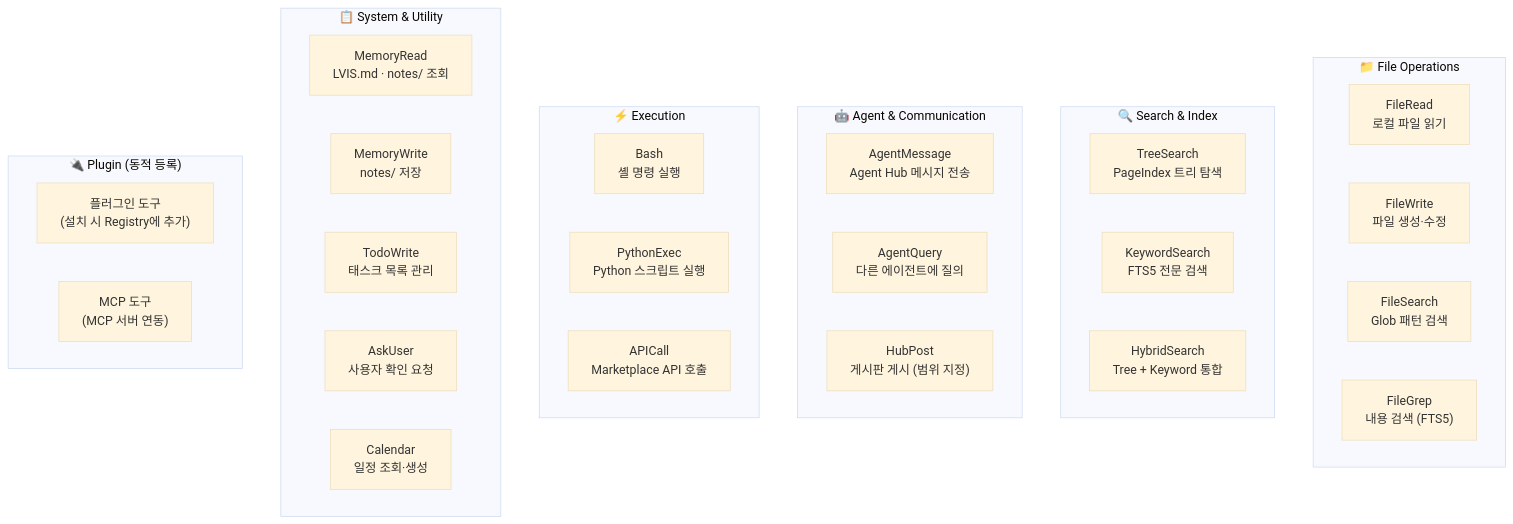
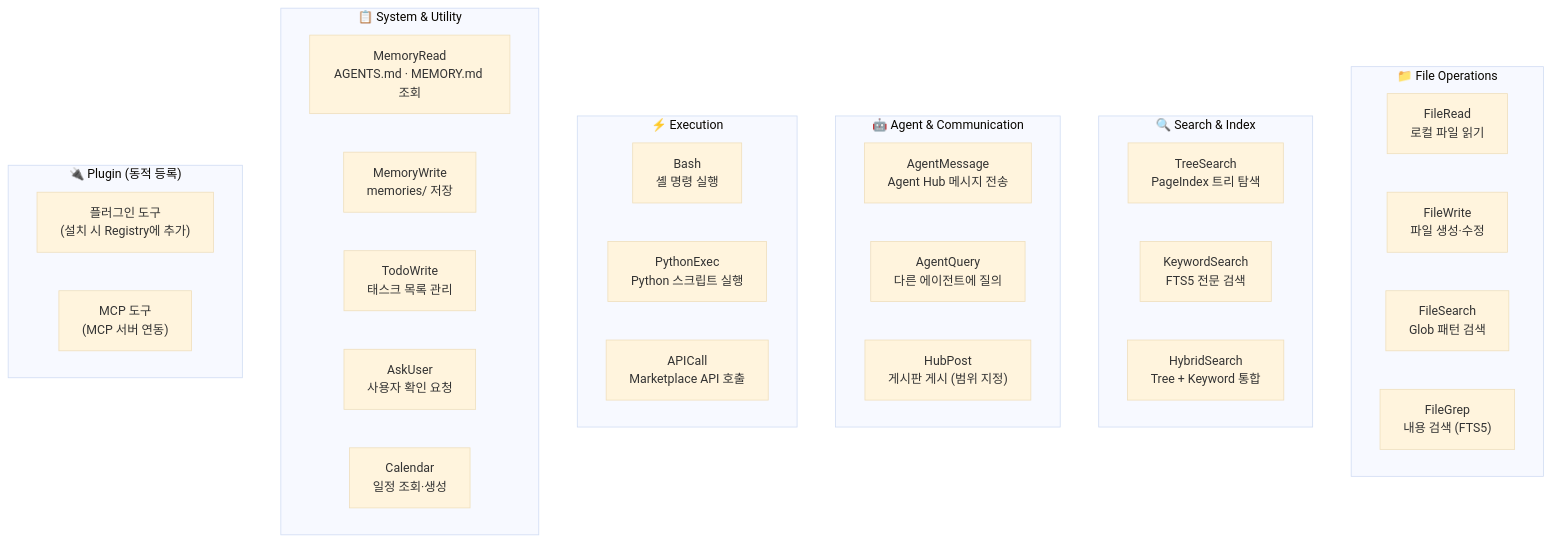
One commit to lvis-project/lvis-app changed diagram 20 of 44 in docs/architecture/architecture.md. Above: the diagram before and after it, drawn with Mermaid (base theme). The commit also changed other lines of this file and 26 other files, not shown here.

````diff
--- a/docs/architecture/architecture.md
+++ b/docs/architecture/architecture.md
@@ -1668,40 +1681,40 @@
 ```mermaid
 graph TB
     subgraph "📁 File Operations"
         FILE_READ["FileRead<br/>로컬 파일 읽기"]
         FILE_WRITE["FileWrite<br/>파일 생성·수정"]
         FILE_SEARCH["FileSearch<br/>Glob 패턴 검색"]
         FILE_GREP["FileGrep<br/>내용 검색 (FTS5)"]
     end
 
     subgraph "🔍 Search & Index"
         TREE_SEARCH["TreeSearch<br/>PageIndex 트리 탐색"]
         KEYWORD_SEARCH["KeywordSearch<br/>FTS5 전문 검색"]
         HYBRID_SEARCH["HybridSearch<br/>Tree + Keyword 통합"]
     end
 
     subgraph "🤖 Agent & Communication"
         AGENT_MSG["AgentMessage<br/>Agent Hub 메시지 전송"]
         AGENT_QUERY["AgentQuery<br/>다른 에이전트에 질의"]
         HUB_POST["HubPost<br/>게시판 게시 (범위 지정)"]
     end
 
     subgraph "⚡ Execution"
         BASH["Bash<br/>셸 명령 실행"]
         PYTHON["PythonExec<br/>Python 스크립트 실행"]
         API_CALL["APICall<br/>Marketplace API 호출"]
     end
 
     subgraph "📋 System & Utility"
-        MEMORY_READ["MemoryRead<br/>LVIS.md · notes/ 조회"]
-        MEMORY_WRITE["MemoryWrite<br/>notes/ 저장"]
+        MEMORY_READ["MemoryRead<br/>AGENTS.md · MEMORY.md 조회"]
+        MEMORY_WRITE["MemoryWrite<br/>memories/ 저장"]
         TODO["TodoWrite<br/>태스크 목록 관리"]
         ASK_USER["AskUser<br/>사용자 확인 요청"]
         CALENDAR["Calendar<br/>일정 조회·생성"]
     end
 
     subgraph "🔌 Plugin (동적 등록)"
         PLUGIN_TOOL["플러그인 도구<br/>(설치 시 Registry에 추가)"]
         MCP_TOOL["MCP 도구<br/>(MCP 서버 연동)"]
     end
 ```
````
